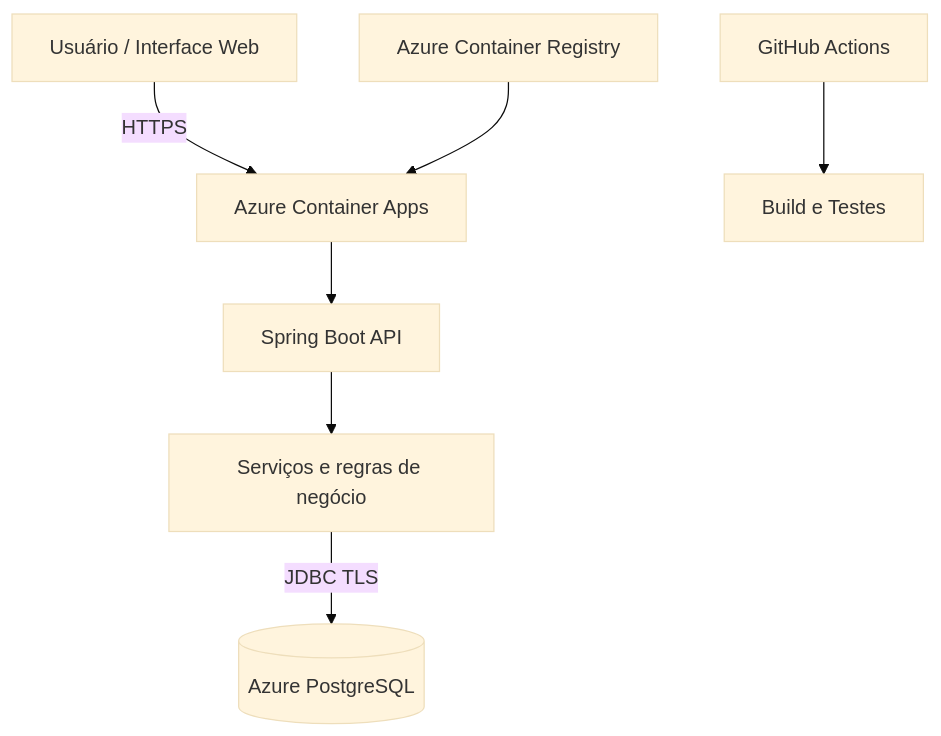
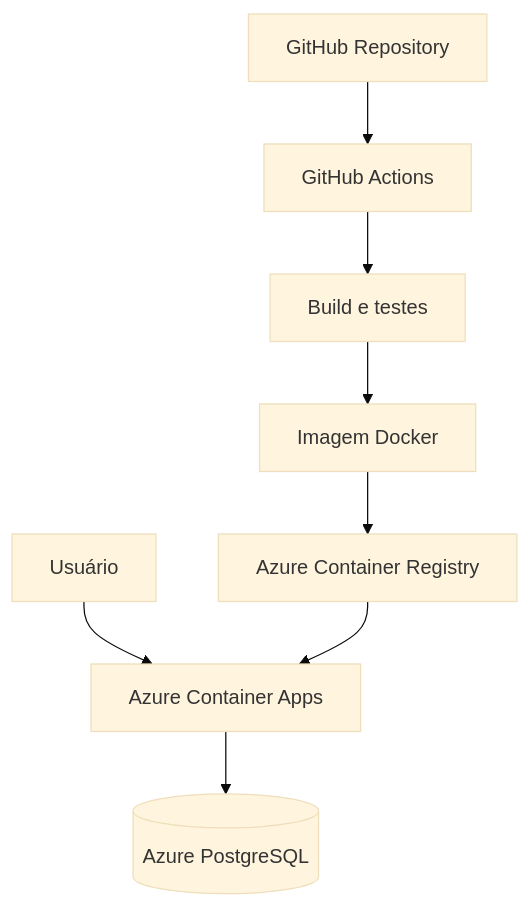
Before and after one commit to calazans-999/reaproveita-plus: the third of 3 diagrams in README.md, drawn with Mermaid (base theme). The commit also changed other lines of this file, not shown here.

````diff
--- a/README.md
+++ b/README.md
@@ -46,9 +582,11 @@
 ```mermaid
 flowchart TD
-    U[Usuário / Interface Web] -->|HTTPS| A[Azure Container Apps]
-    A --> B[Spring Boot API]
-    B --> S[Serviços e regras de negócio]
-    S -->|JDBC TLS| DB[(Azure PostgreSQL)]
-    ACR[Azure Container Registry] --> A
-    G[GitHub Actions] --> T[Build e Testes]
+    G["GitHub Repository"] --> CI["GitHub Actions"]
+    CI --> BUILD["Build e testes"]
+    BUILD --> IMG["Imagem Docker"]
+    IMG --> ACR["Azure Container Registry"]
+
+    U["Usuário"] --> ACA["Azure Container Apps"]
+    ACR --> ACA
+    ACA --> DB[("Azure PostgreSQL")]
 ```
````
